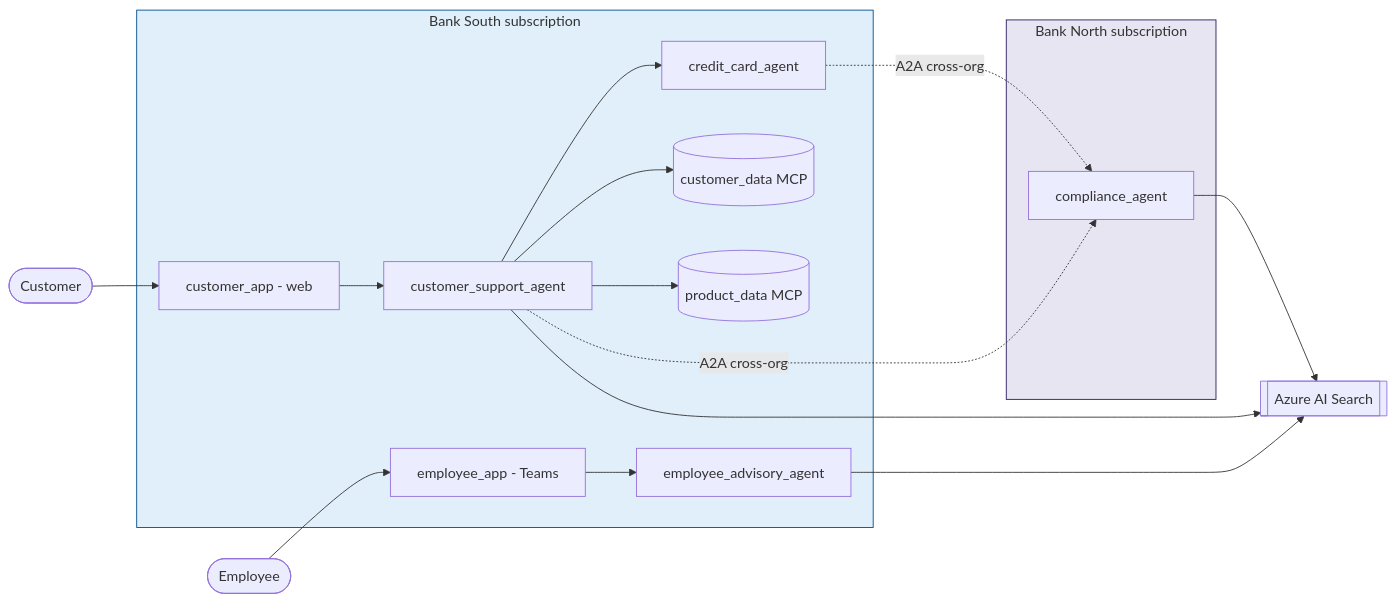
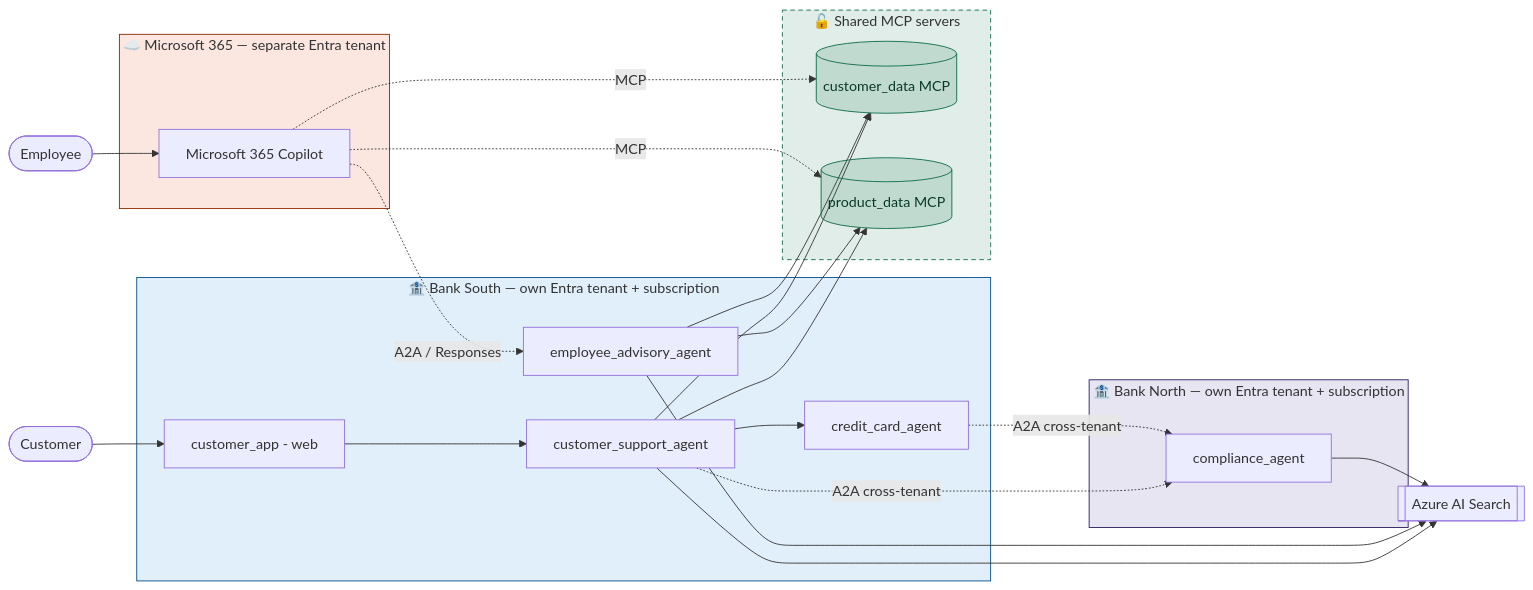
The diagram in README.md (denniszielke/agentic-banking-ecosystem), drawn with Mermaid before and after one commit. The commit also changed other lines of this file, not shown here.

Commit message:
docs(readme): show three Entra tenants, M365 Copilot, and shared MCP servers
Rework the "Architecture at a glance" diagram (and intro) to reflect:
- Bank South and Bank North each in their OWN Entra tenant (not just subscription).
- A third Microsoft 365 Entra tenant hosting Microsoft 365 Copilot.
- The employee surface is now M365 Copilot instead of a Teams app.
- The customer/product MCP servers shown as a shared, openly consumable layer
  reached by the bank agents AND by M365 Copilot (open to any MCP client).

````diff
--- a/README.md
+++ b/README.md
@@ -31,26 +34,51 @@
 ```mermaid
 flowchart LR
     U([Customer]) --> WEB[customer_app - web]
-    E([Employee]) --> TEAMS[employee_app - Teams]
+    E([Employee]) --> COP[Microsoft 365 Copilot]
 
-    subgraph South["Bank South subscription"]
+    subgraph TA["🏦 Bank South — own Entra tenant + subscription"]
         WEB --> CSA[customer_support_agent]
-        TEAMS --> EAA[employee_advisory_agent]
         CSA --> CCA[credit_card_agent]
-        CSA --> CDATA[(customer_data MCP)]
-        CSA --> PDATA[(product_data MCP)]
+        EAA[employee_advisory_agent]
     end
 
-    subgraph North["Bank North subscription"]
+    subgraph TB["🏦 Bank North — own Entra tenant + subscription"]
         COMP[compliance_agent]
     end
 
-    CSA -. A2A cross-org .-> COMP
-    CCA -. A2A cross-org .-> COMP
+    subgraph TM["☁️ Microsoft 365 — separate Entra tenant"]
+        COP
+    end
+
+    subgraph SHARED["🔓 Shared MCP servers"]
+        CDATA[(customer_data MCP)]
+        PDATA[(product_data MCP)]
+    end
+
+    %% Employee surface is Microsoft 365 Copilot, reaching the bank's advisory agent
+    COP -. A2A / Responses .-> EAA
+
+    %% Bank agents consume the shared MCP servers
+    CSA --> CDATA
+    CSA --> PDATA
+    EAA --> CDATA
+    EAA --> PDATA
+    %% ...and so does Microsoft 365 Copilot — the servers are open, not bank-private
+    COP -. MCP .-> CDATA
+    COP -. MCP .-> PDATA
+
+    %% Cross-organisation A2A (Bank South → Bank North), across tenant boundaries
+    CSA -. A2A cross-tenant .-> COMP
+    CCA -. A2A cross-tenant .-> COMP
+
     CSA --> SEARCH[[Azure AI Search]]
     EAA --> SEARCH
     COMP --> SEARCH
 
-    style South fill:#0078D41F,stroke:#004e8c
-    style North fill:#4129911F,stroke:#2a1a5e
+    style TA fill:#0078D41F,stroke:#004e8c
+    style TB fill:#4129911F,stroke:#2a1a5e
+    style TM fill:#D83B011F,stroke:#8a2600
+    style SHARED fill:#0b6b461F,stroke:#0b6b46,stroke-dasharray: 5 4
+    style CDATA fill:#0b6b4626,stroke:#0b6b46,color:#083b27
+    style PDATA fill:#0b6b4626,stroke:#0b6b46,color:#083b27
 ```
````
